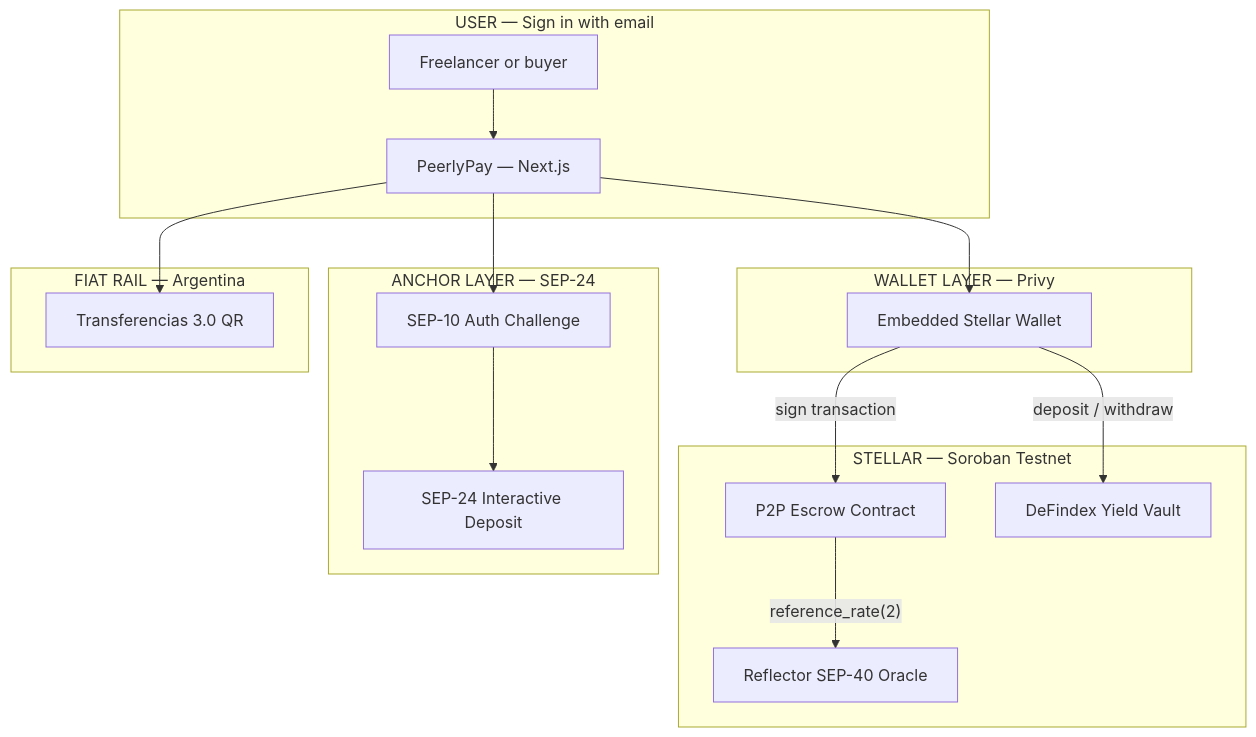
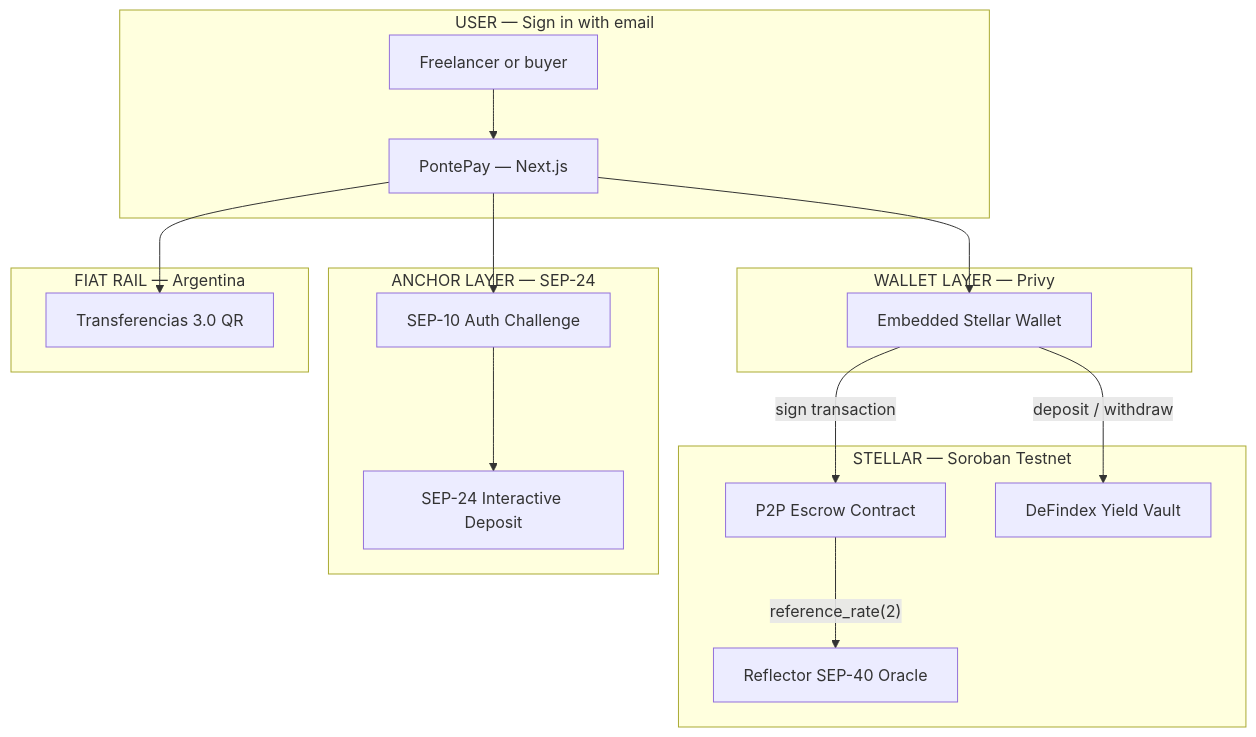
Before and after one commit to mariaelisaaraya/pontepay: the first of 4 diagrams in README.md, drawn with Mermaid. The commit also changed other lines of this file, not shown here.

Commit message:
Rename PeerlyPay to PontePay in README

````diff
--- a/README.md
+++ b/README.md
@@ -148,34 +148,34 @@
 ```mermaid
 graph TB
     subgraph USER["USER — Sign in with email"]
         U["Freelancer or buyer"]
-        APP["PeerlyPay — Next.js"]
+        APP["PontePay — Next.js"]
         U --> APP
     end
 
     subgraph WALLET["WALLET LAYER — Privy"]
         PW["Embedded Stellar Wallet"]
         APP --> PW
     end
 
     subgraph STELLAR["STELLAR — Soroban Testnet"]
         P2P["P2P Escrow Contract"]
         REF["Reflector SEP-40 Oracle"]
         DFI["DeFindex Yield Vault"]
         P2P -->|"reference_rate(2)"| REF
         PW -->|"sign transaction"| P2P
         PW -->|"deposit / withdraw"| DFI
     end
 
     subgraph ANCHOR["ANCHOR LAYER — SEP-24"]
         SEP10["SEP-10 Auth Challenge"]
         SEP24["SEP-24 Interactive Deposit"]
         APP --> SEP10
         SEP10 --> SEP24
     end
 
     subgraph FIAT["FIAT RAIL — Argentina"]
         QR["Transferencias 3.0 QR"]
         APP --> QR
     end
 ```
````
